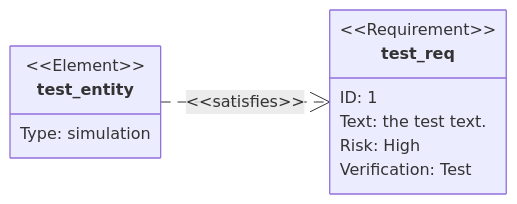
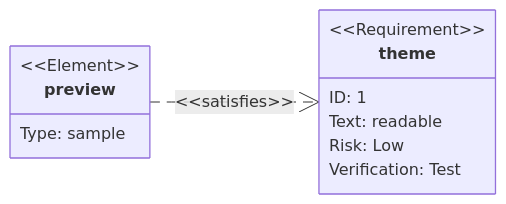
Before and after one commit to sj-shijin/hp-rspress: the ninth of 32 diagrams in site/projects/cinderfolio/pele/index.mdx, drawn with Mermaid. The commit also changed other lines of this file and 6 other files, not shown here.

Commit message:
docs(cinderfolio): 整理分类预览并添加语言图标

````diff
--- a/site/projects/cinderfolio/pele/index.mdx
+++ b/site/projects/cinderfolio/pele/index.mdx
@@ -365,18 +171,14 @@
 ```mermaid
 requirementDiagram
-
-direction LR
-
-requirement test_req {
-    id: 1
-    text: the test text.
-    risk: high
-    verifymethod: test
-}
-
-element test_entity {
-    type: simulation
-}
-
-test_entity - satisfies -> test_req
+    direction LR
+    requirement theme {
+        id: 1
+        text: readable
+        risk: low
+        verifymethod: test
+    }
+    element preview {
+        type: sample
+    }
+    preview - satisfies -> theme
 ```
````
